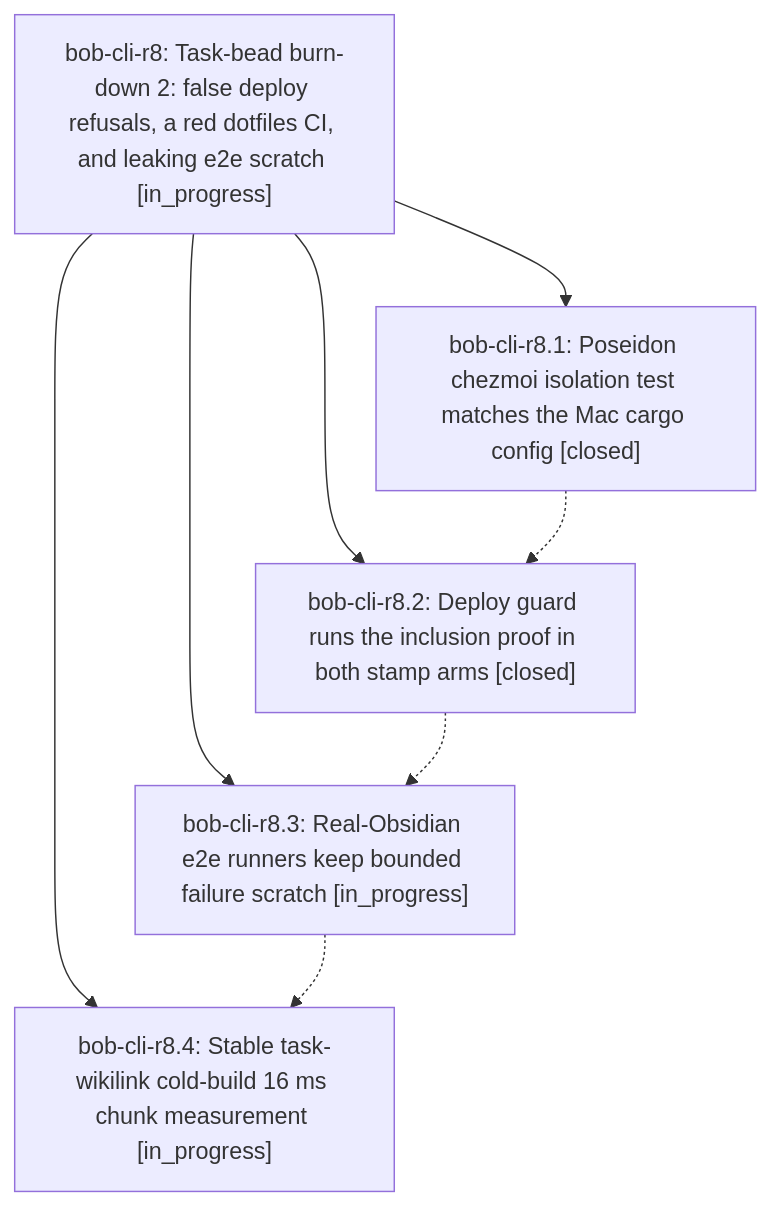
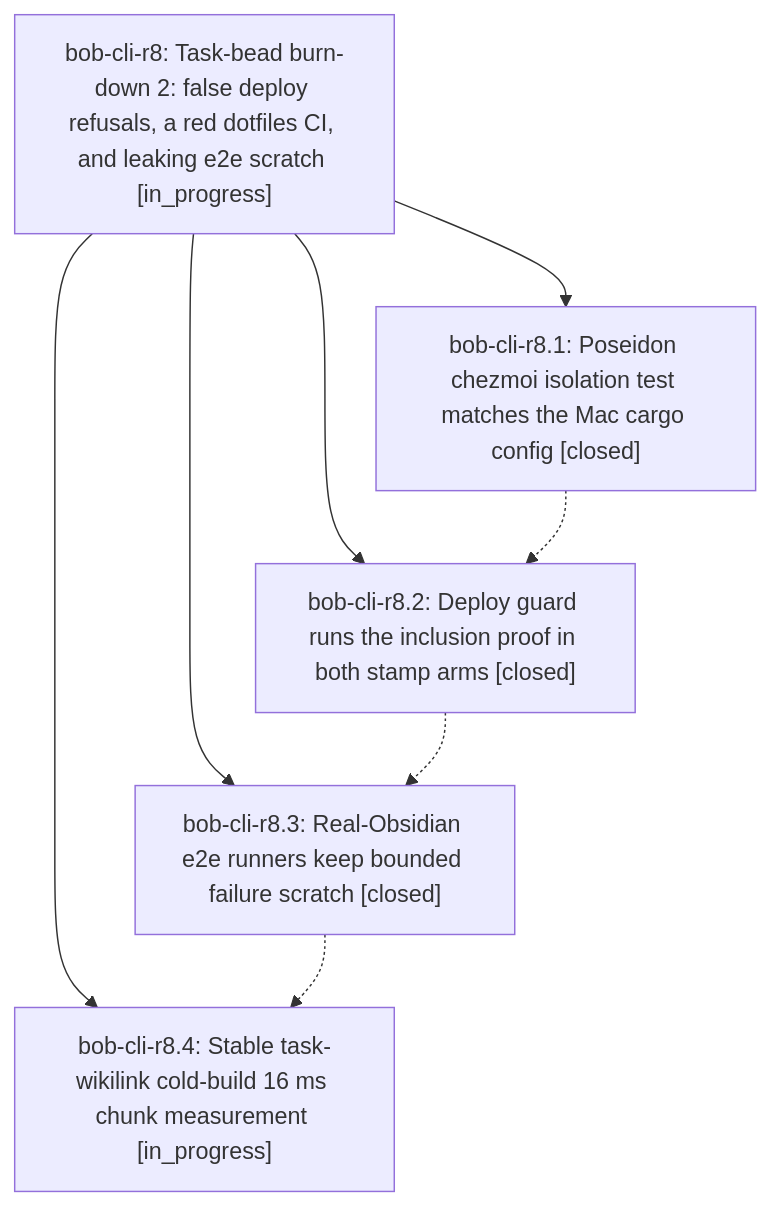
One commit to bobs-org/bob-cli--beads changed the diagram in pages/bob-cli-r8/README.md. Above: the diagram before and after it, drawn with Mermaid. The commit also changed other lines of this file and 3 other files, not shown here.

First line of the commit message:
chore(beads): sync bead state and pages for bob-cli-r8

````diff
--- a/pages/bob-cli-r8/README.md
+++ b/pages/bob-cli-r8/README.md
@@ -37,15 +39,15 @@
 ```mermaid
 flowchart TD
     n0["bob-cli-r8: Task-bead burn-down 2: false deploy refusals, a red dotfiles CI, and leaking e2e scratch [in_progress]"]
     n1["bob-cli-r8.1: Poseidon chezmoi isolation test matches the Mac cargo config [closed]"]
     n2["bob-cli-r8.2: Deploy guard runs the inclusion proof in both stamp arms [closed]"]
-    n3["bob-cli-r8.3: Real-Obsidian e2e runners keep bounded failure scratch [in_progress]"]
+    n3["bob-cli-r8.3: Real-Obsidian e2e runners keep bounded failure scratch [closed]"]
     n4["bob-cli-r8.4: Stable task-wikilink cold-build 16 ms chunk measurement [in_progress]"]
     n0 --> n1
     n0 --> n2
     n0 --> n3
     n0 --> n4
     n1 -.-> n2
     n2 -.-> n3
     n3 -.-> n4
 ```
````
